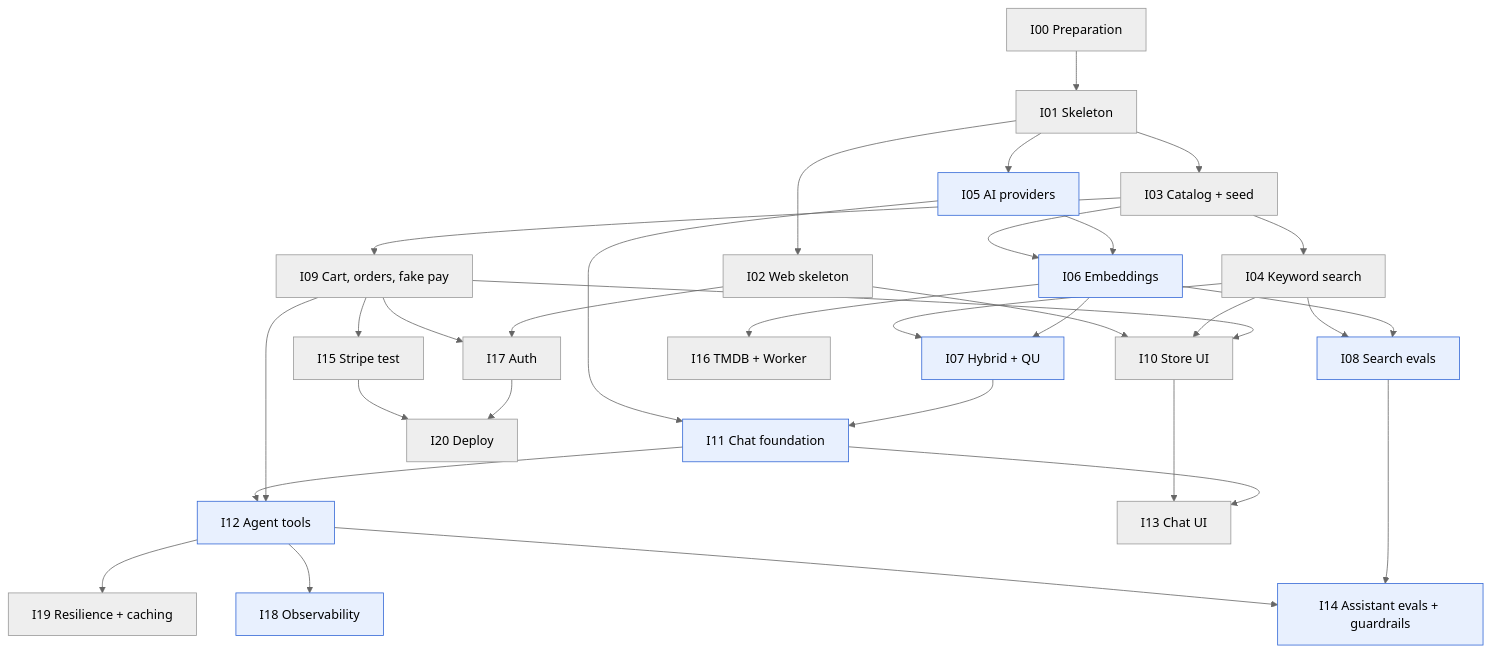
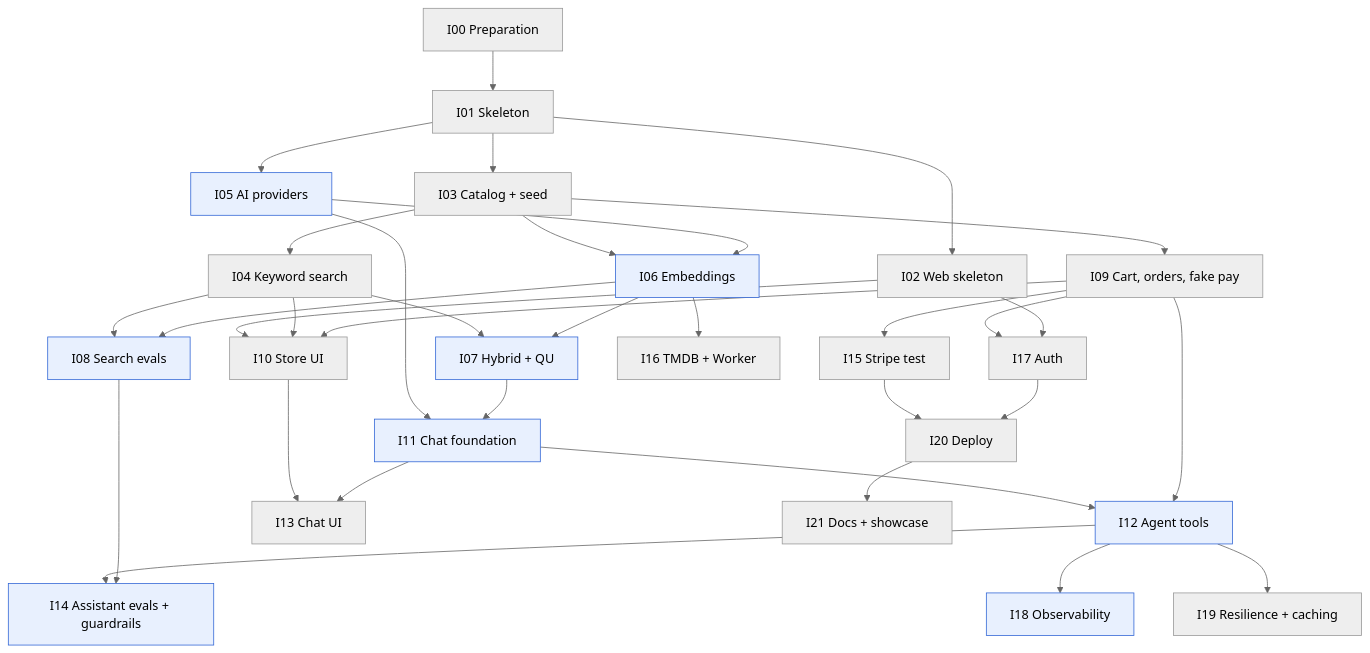
The diagram in docs/plan/roadmap.md (gray0072/ai-rag-film-search), drawn with Mermaid (neutral theme) before and after one commit. The commit also changed other lines of this file and 32 other files, not shown here.

````diff
--- a/docs/plan/roadmap.md
+++ b/docs/plan/roadmap.md
@@ -47,37 +49,38 @@
 ```mermaid
 flowchart TD
     I00[I00 Preparation] --> I01[I01 Skeleton]
     I01 --> I02[I02 Web skeleton]
     I01 --> I03[I03 Catalog + seed]
     I01 --> I05[I05 AI providers]
     I03 --> I04[I04 Keyword search]
     I03 --> I06[I06 Embeddings]
     I05 --> I06
     I03 --> I09[I09 Cart, orders, fake pay]
     I04 --> I07[I07 Hybrid + QU]
     I06 --> I07
     I04 --> I08[I08 Search evals]
     I06 --> I08
     I02 --> I10[I10 Store UI]
     I04 --> I10
     I09 --> I10
     I09 --> I15[I15 Stripe test]
     I05 --> I11[I11 Chat foundation]
     I07 --> I11
     I06 --> I16[I16 TMDB + Worker]
     I09 --> I17[I17 Auth]
     I02 --> I17
     I11 --> I12[I12 Agent tools]
     I09 --> I12
     I10 --> I13[I13 Chat UI]
     I11 --> I13
     I12 --> I14[I14 Assistant evals + guardrails]
     I08 --> I14
     I12 --> I18[I18 Observability]
     I12 --> I19[I19 Resilience + caching]
     I15 --> I20[I20 Deploy]
     I17 --> I20
+    I20 --> I21[I21 Docs + showcase]
 
     classDef ai fill:#e8f0fe,stroke:#3367d6;
     class I05,I06,I07,I08,I11,I12,I14,I18 ai;
 ```
````
